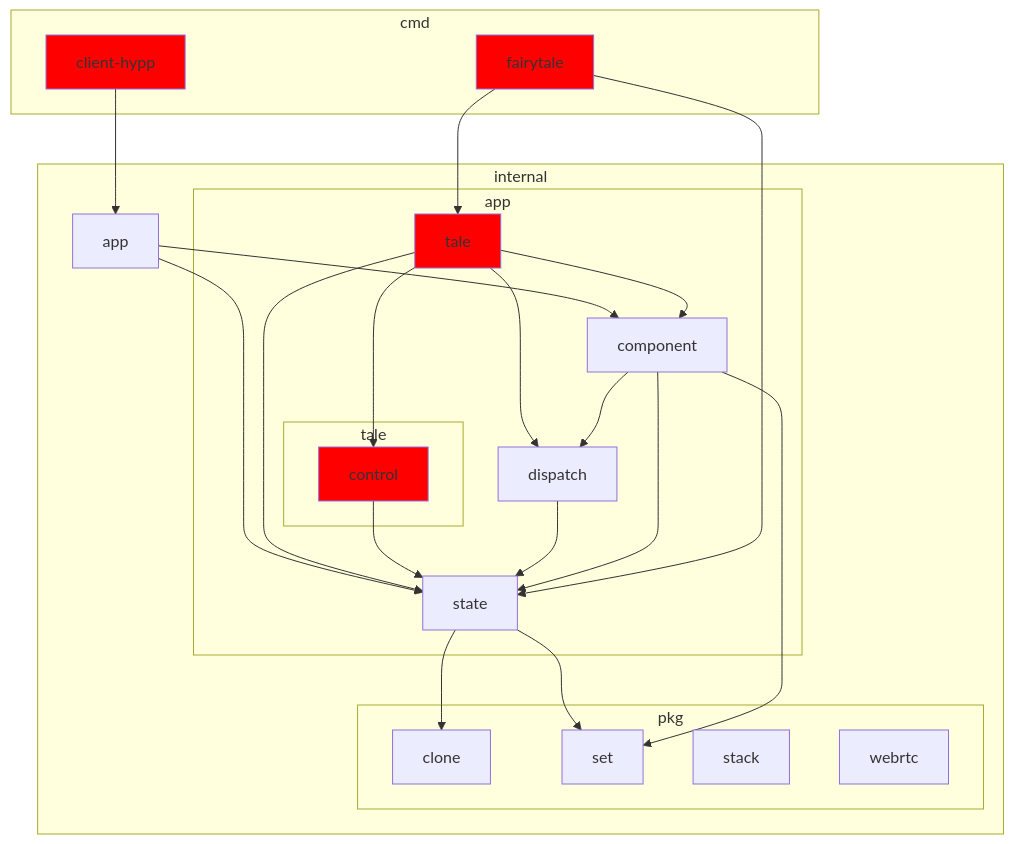
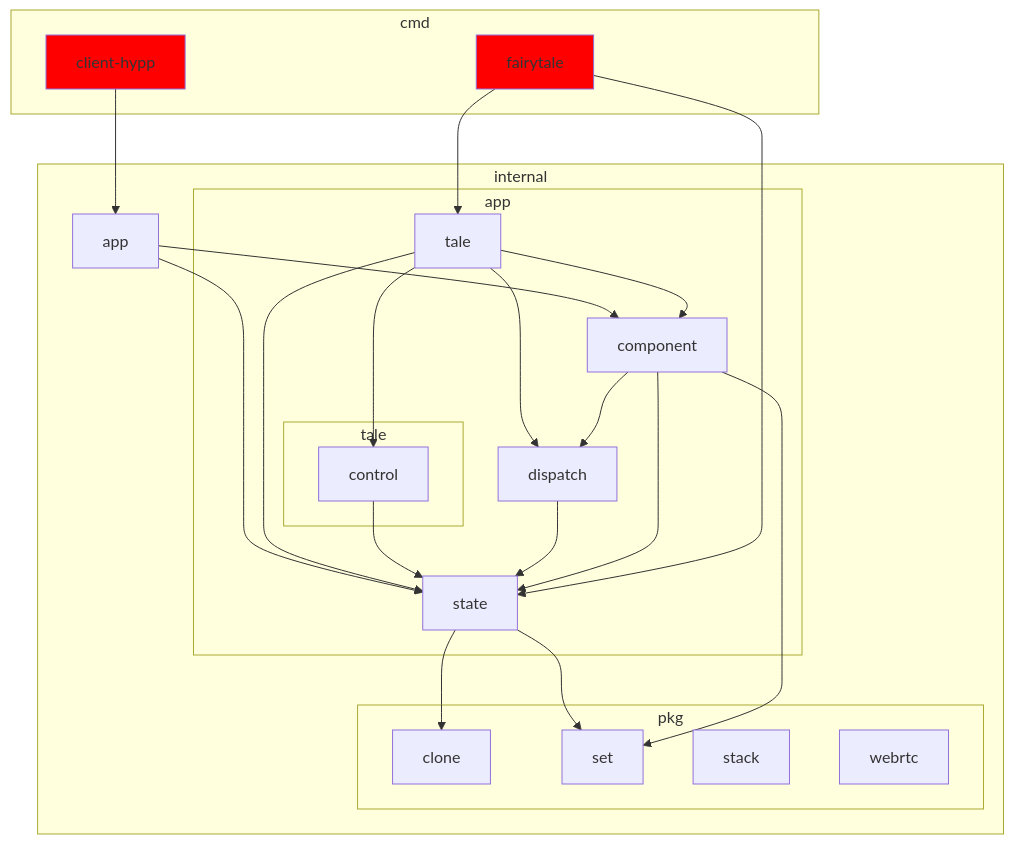
The first of 3 diagrams in README.md (macabot/senet), drawn with Mermaid before and after one commit. The commit also changed other lines of this file, not shown here.

````diff
--- a/README.md
+++ b/README.md
@@ -66,57 +66,57 @@
 ```mermaid
 flowchart TD
 
 subgraph cmd
     client-hypp
     fairytale
 end
 
 subgraph internal
     app
 
     subgraph app-group["app"]
         component
         dispatch
         state
         tale
 
         subgraph tale-group["tale"]
             control
         end
     end
 
     subgraph pkg
         clone
         set
         stack
         webrtc
     end
 end
 
 client-hypp --> app
 
 fairytale --> state
 fairytale --> tale
 
 component --> state
 component --> set
 component --> dispatch
 
 dispatch --> state
 
 state --> clone
 state --> set
 
 control --> state
 
 tale --> component
 tale --> state
 tale --> control
 tale --> dispatch
 
 app --> component
 app --> state
 
 classDef syscallJS fill:#f00;
-class client-hypp,fairytale,tale,control syscallJS;
+class client-hypp,fairytale syscallJS;
 ```
````
